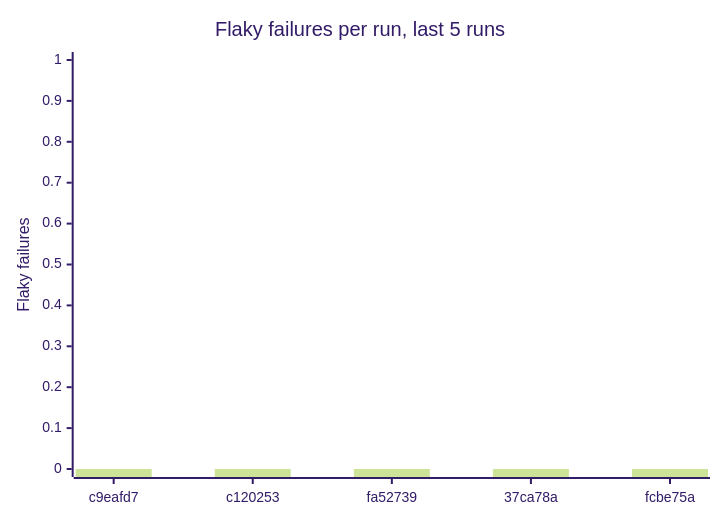
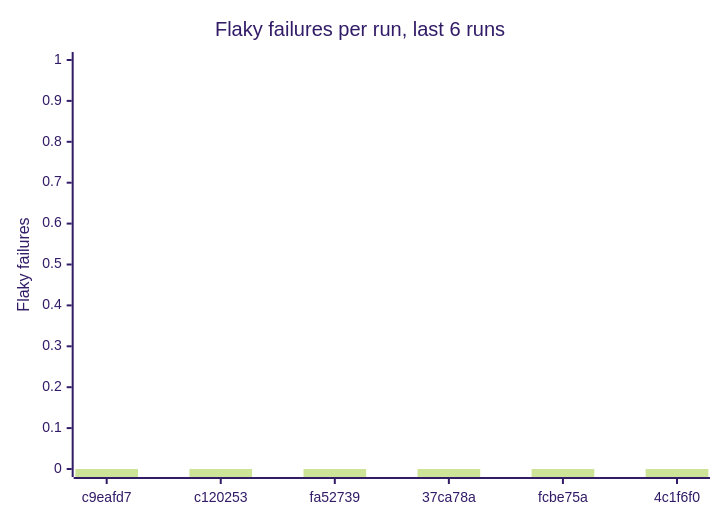
Before and after one commit to Shirojoufu/Flaky-Tests: the second of 3 diagrams in reports/summary.md, drawn with Mermaid (forest theme). The commit also changed other lines of this file and 5 other files, not shown here.

````diff
--- a/reports/summary.md
+++ b/reports/summary.md
@@ -25,7 +25,7 @@
 ```mermaid
 xychart-beta
-    title "Flaky failures per run, last 5 runs"
-    x-axis ["c9eafd7", "c120253", "fa52739", "37ca78a", "fcbe75a"]
+    title "Flaky failures per run, last 6 runs"
+    x-axis ["c9eafd7", "c120253", "fa52739", "37ca78a", "fcbe75a", "4c1f6f0"]
     y-axis "Flaky failures" 0 --> 1
-    bar [0, 0, 0, 0, 0]
+    bar [0, 0, 0, 0, 0, 0]
 ```
````
